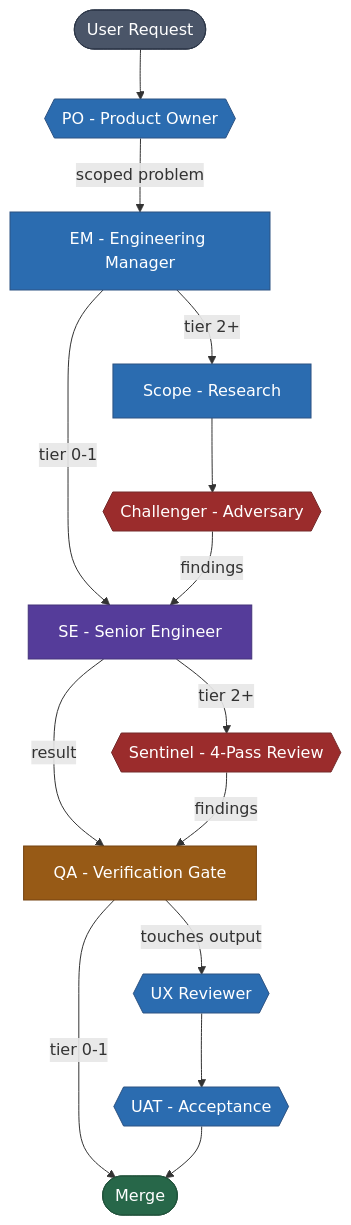
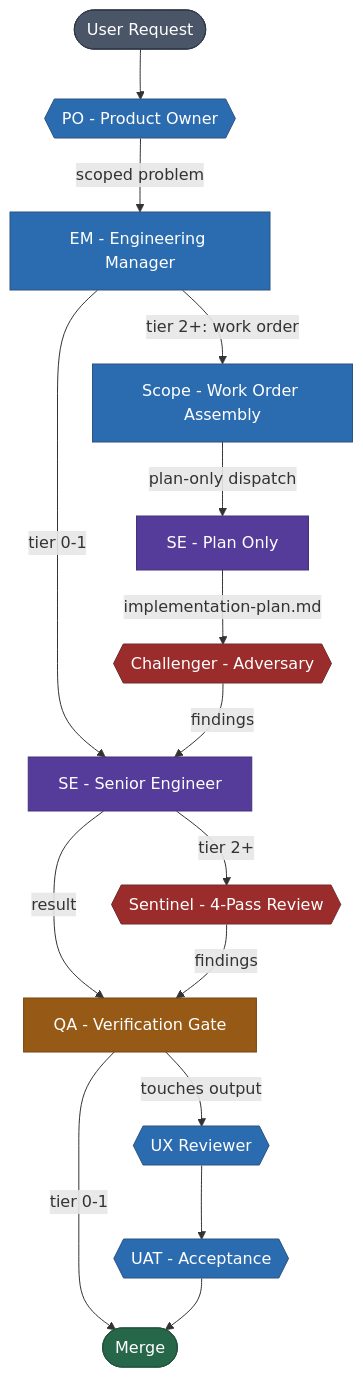
One commit to rfxn/rdf changed the diagram in README.md. Above: the diagram before and after it, drawn with Mermaid. The commit also changed other lines of this file and 4 other files, not shown here.

````diff
--- a/README.md
+++ b/README.md
@@ -153,28 +153,30 @@
 ```mermaid
 flowchart TD
     User([User Request]) --> PO{{PO - Product Owner}}
     PO -->|scoped problem| EM[EM - Engineering Manager]
-    EM -->|tier 2+| Scope[Scope - Research]
+    EM -->|tier 2+: work order| Scope[Scope - Work Order Assembly]
     EM -->|tier 0-1| SE
-    Scope --> Challenger{{Challenger - Adversary}}
+    Scope -->|plan-only dispatch| SEPlan[SE - Plan Only]
+    SEPlan -->|implementation-plan.md| Challenger{{Challenger - Adversary}}
     Challenger -->|findings| SE[SE - Senior Engineer]
     SE -->|result| QA[QA - Verification Gate]
     SE -->|tier 2+| Sentinel{{Sentinel - 4-Pass Review}}
     Sentinel -->|findings| QA
     QA -->|touches output| UX{{UX Reviewer}}
     UX --> UAT{{UAT - Acceptance}}
     QA -->|tier 0-1| Merge([Merge])
     UAT --> Merge
 
     style User fill:#4a5568,color:#fff,stroke:#2d3748
     style Merge fill:#276749,color:#fff,stroke:#22543d
     style SE fill:#553c9a,color:#fff,stroke:#44337a
+    style SEPlan fill:#553c9a,color:#fff,stroke:#44337a
     style EM fill:#2b6cb0,color:#fff,stroke:#2c5282
     style QA fill:#975a16,color:#fff,stroke:#744210
     style Sentinel fill:#9b2c2c,color:#fff,stroke:#742a2a
     style Challenger fill:#9b2c2c,color:#fff,stroke:#742a2a
     style PO fill:#2b6cb0,color:#fff,stroke:#2c5282
     style Scope fill:#2b6cb0,color:#fff,stroke:#2c5282
     style UX fill:#2b6cb0,color:#fff,stroke:#2c5282
     style UAT fill:#2b6cb0,color:#fff,stroke:#2c5282
 ```
````
